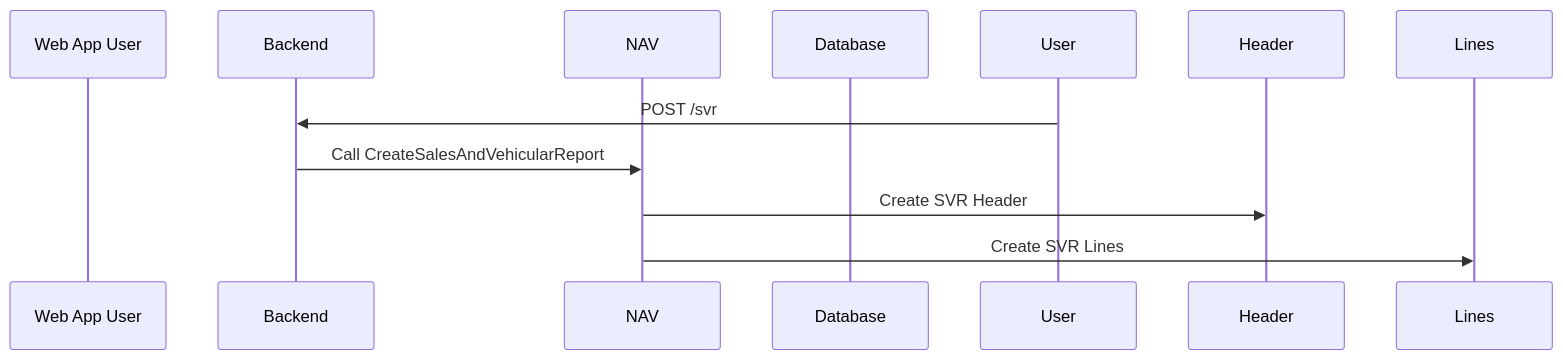
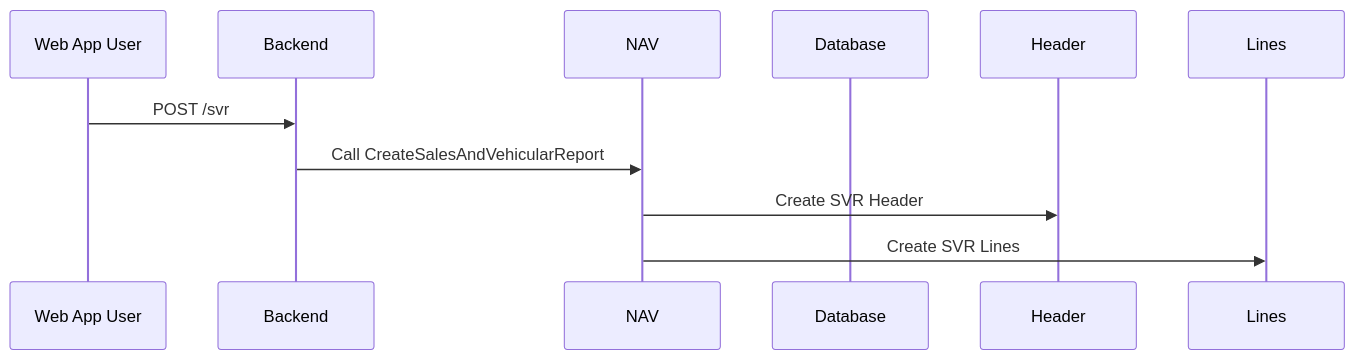
Before and after one commit to mincerray1/flows: the diagram in seq_nav_svr.mmd, drawn with Mermaid.

```diff
--- a/seq_nav_svr.mmd
+++ b/seq_nav_svr.mmd
@@ -1,10 +1,10 @@
 sequenceDiagram
     participant Web App User
     participant Backend
     participant NAV
     participant Database
 
-    User->>Backend: POST /svr
+    Web App User->>Backend: POST /svr
     Backend->>NAV: Call CreateSalesAndVehicularReport
     NAV->>Header: Create SVR Header
     NAV->>Lines: Create SVR Lines
```
